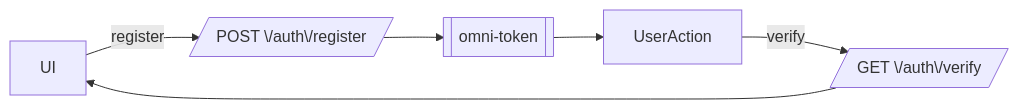
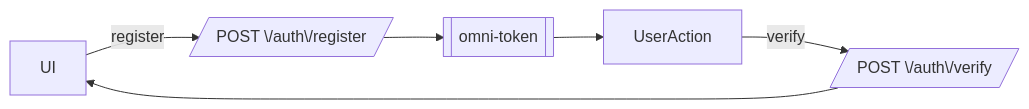
Before and after one commit to admin310st/301: the second of 14 diagrams in wiki/API.md, drawn with Mermaid. The commit also changed other lines of this file, not shown here.

````diff
--- a/wiki/API.md
+++ b/wiki/API.md
@@ -101,8 +109,8 @@
 ```mermaid
 flowchart LR
   UI -->|register| AuthStart[/POST \/auth\/register/]
   AuthStart --> OmniToken[[omni-token]]
   OmniToken --> UserAction
-  UserAction -->|verify| AuthFinish[/GET \/auth\/verify/]
+  UserAction -->|verify| AuthFinish[/POST \/auth\/verify/]
   AuthFinish --> UI
 ```
````
